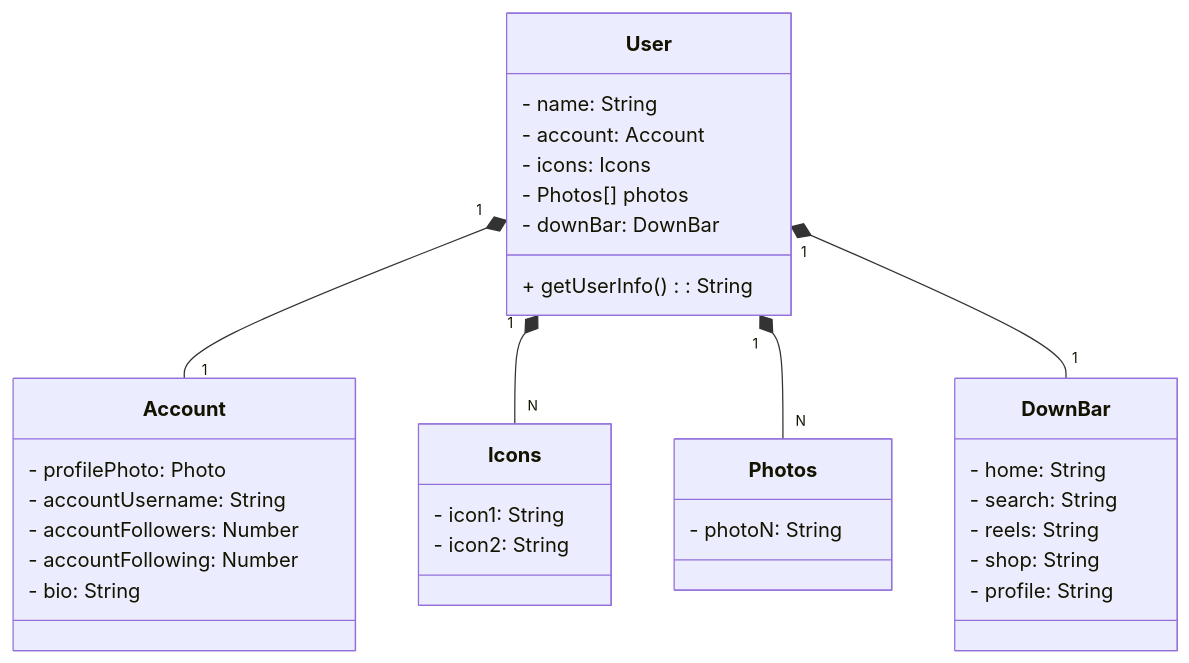
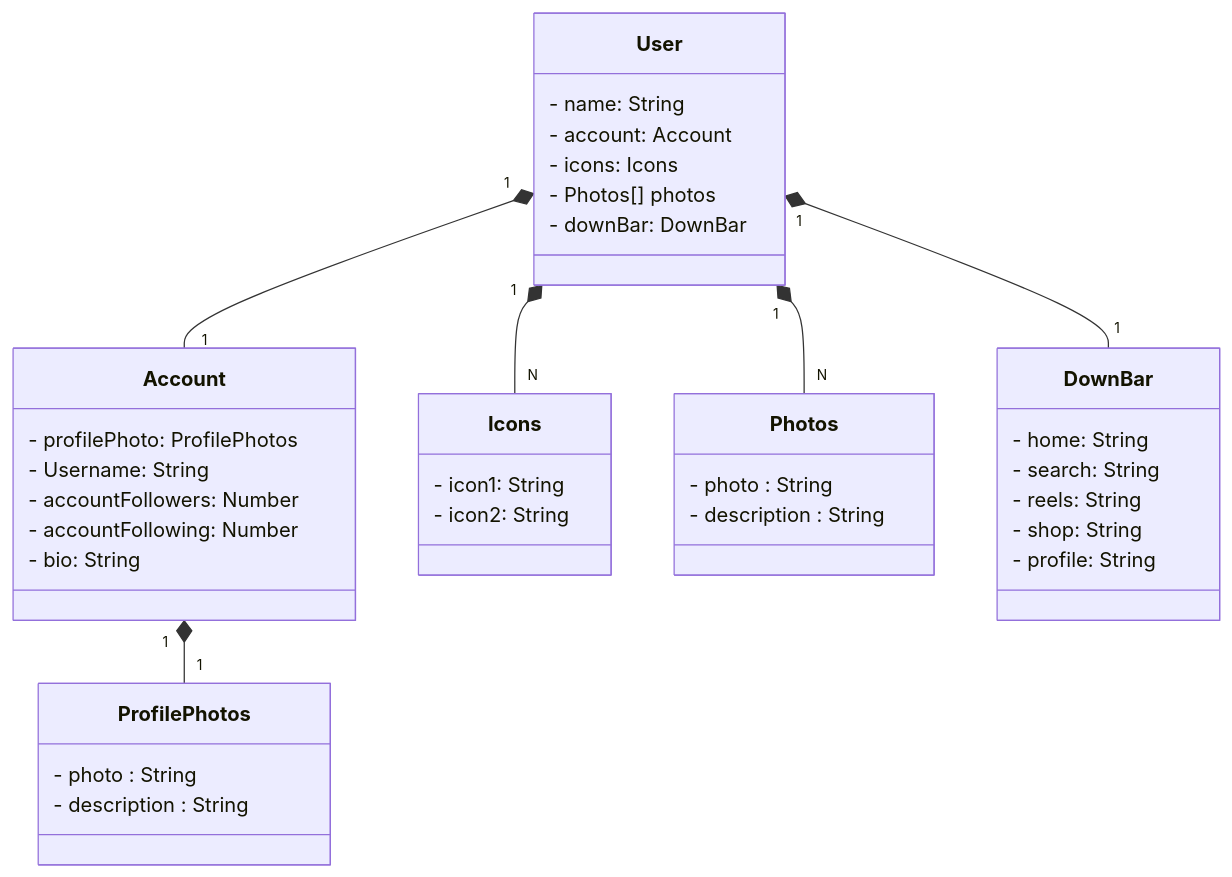
The diagram in Projeto API com Spring3/README.md (JulioErdei/bootcamp-java-trabalhos), drawn with Mermaid before and after one commit.

````diff
--- a/Projeto API com Spring3/README.md
+++ b/Projeto API com Spring3/README.md
@@ -6,43 +6,48 @@
   ```mermaid
   classDiagram
   class User {
     - name: String
     - account: Account
     - icons: Icons
     - Photos[] photos
     - downBar: DownBar
-    
-    + getUserInfo(): String
   }
 
   class Account {
-    - profilePhoto: Photo
-    - accountUsername: String
+    - profilePhoto: ProfilePhotos
+    - Username: String
     - accountFollowers: Number
     - accountFollowing: Number
     - bio: String
+  }
+
+  class ProfilePhotos{
+    - photo : String
+    - description : String
   }
 
   class Icons {
     - icon1: String
     - icon2: String
   }
 
   class Photos {
-    - photoN: String
+    - photo : String
+    - description : String
   }
 
   class DownBar {
     - home: String
     - search: String
     - reels: String
     - shop: String
     - profile: String
   }
 
   User "1" *-- "1" Account
   User "1" *-- "N" Icons
   User "1" *-- "N" Photos
   User "1" *-- "1" DownBar
+  Account "1" *-- "1" ProfilePhotos
 
   ```
````
